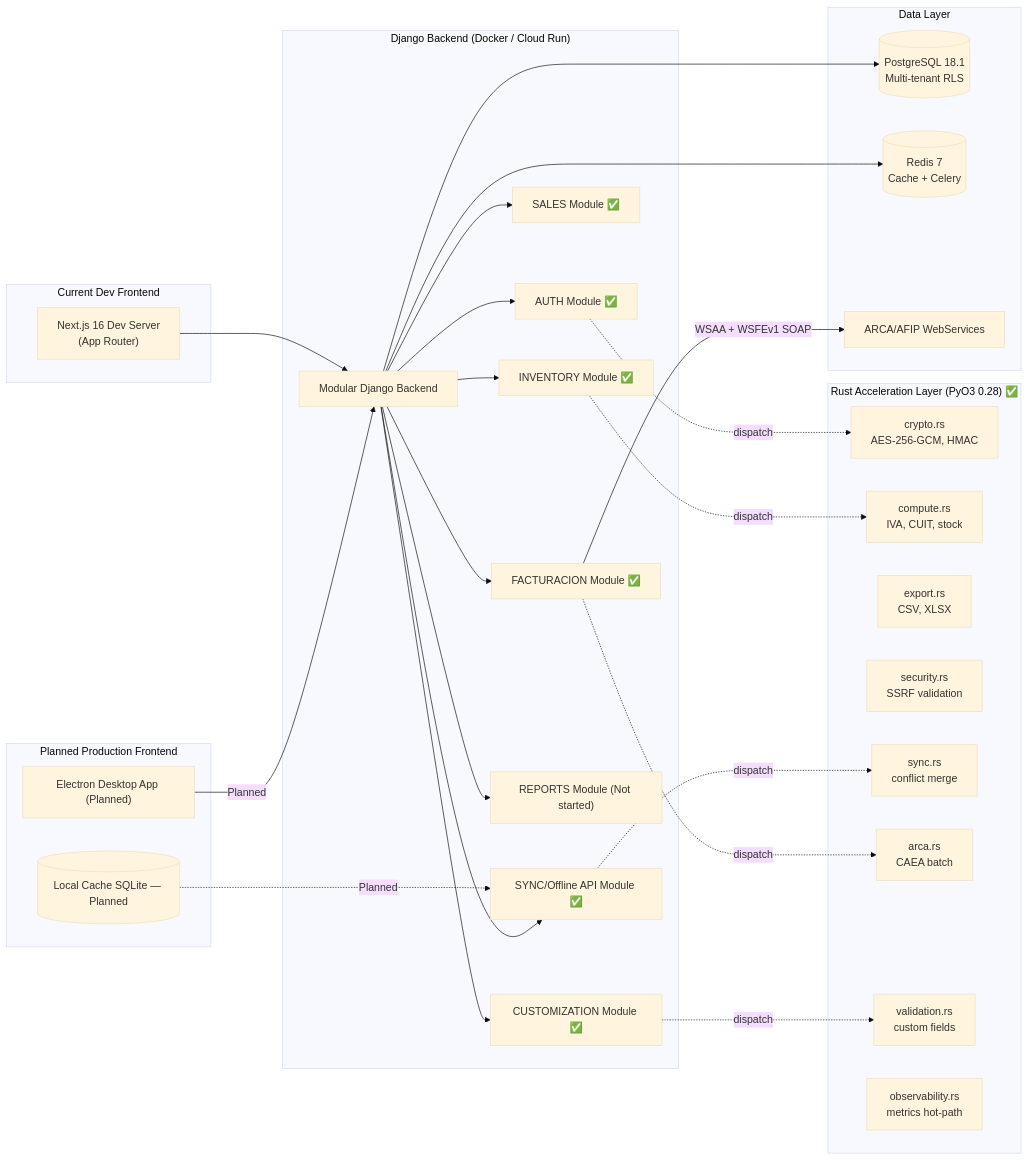
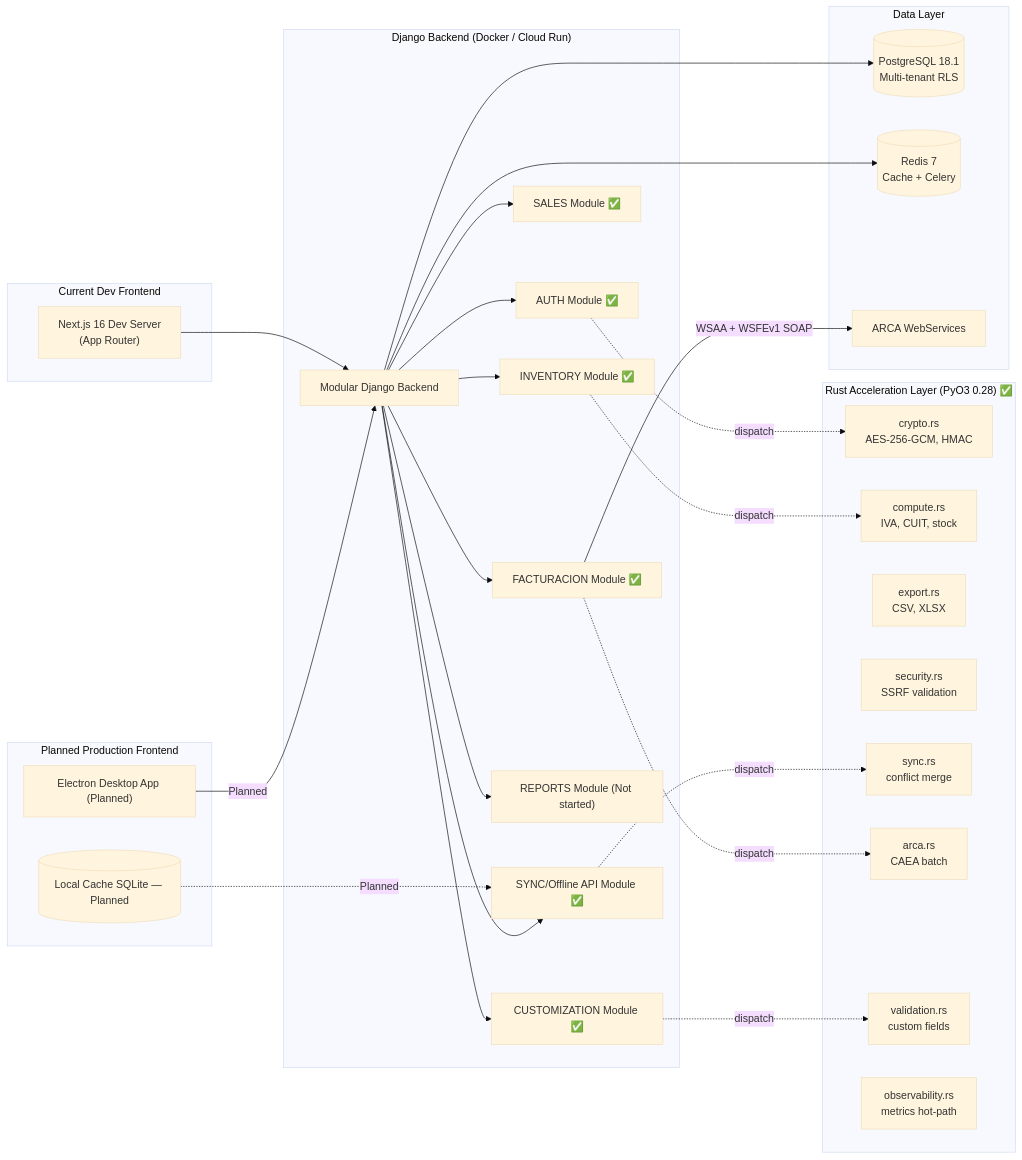
The third of 8 diagrams in Docs/Project Blueprint/High-Level Design (HLD).md (Bruno-Ghiberto/GraviTea), drawn with Mermaid (base theme) before and after one commit. The commit also changed other lines of this file and 30 other files, not shown here.

````diff
--- a/Docs/Project Blueprint/High-Level Design (HLD).md
+++ b/Docs/Project Blueprint/High-Level Design (HLD).md
@@ -167,61 +167,61 @@
 ```mermaid
 graph LR
     subgraph "Current Dev Frontend"
         FE["Next.js 16 Dev Server<br/>(App Router)"]
     end
 
     subgraph "Planned Production Frontend"
         ELEC["Electron Desktop App (Planned)"]
         CACHE[("Local Cache SQLite — Planned")]
     end
 
     subgraph "Django Backend (Docker / Cloud Run)"
         DJ["Modular Django Backend"]
         MOD_AUTH["AUTH Module ✅"]
         MOD_INV["INVENTORY Module ✅"]
         MOD_VENT["SALES Module ✅"]
         MOD_FAC["FACTURACION Module ✅"]
         MOD_SYNC["SYNC/Offline API Module ✅"]
         MOD_CUSTOM["CUSTOMIZATION Module ✅"]
         MOD_REP["REPORTS Module (Not started)"]
     end
 
     subgraph "Rust Acceleration Layer (PyO3 0.28) ✅"
         R_CRYPTO["crypto.rs<br/>AES-256-GCM, HMAC"]
         R_COMPUTE["compute.rs<br/>IVA, CUIT, stock"]
         R_EXPORT["export.rs<br/>CSV, XLSX"]
         R_SECURITY["security.rs<br/>SSRF validation"]
         R_SYNC["sync.rs<br/>conflict merge"]
         R_ARCA["arca.rs<br/>CAEA batch"]
         R_VALID["validation.rs<br/>custom fields"]
         R_OBS["observability.rs<br/>metrics hot-path"]
     end
 
     subgraph "Data Layer"
         DB[("PostgreSQL 18.1<br/>Multi-tenant RLS")]
         REDIS[("Redis 7<br/>Cache + Celery")]
-        ARCA["ARCA/AFIP WebServices"]
+        ARCA["ARCA WebServices"]
     end
 
     FE --> DJ
     ELEC -->|"Planned"| DJ
     CACHE -.->|"Planned"| MOD_SYNC
 
     DJ --> MOD_AUTH
     DJ --> MOD_INV
     DJ --> MOD_VENT
     DJ --> MOD_FAC
     DJ --> MOD_SYNC
     DJ --> MOD_CUSTOM
     DJ --> MOD_REP
 
     MOD_AUTH -.->|"dispatch"| R_CRYPTO
     MOD_INV -.->|"dispatch"| R_COMPUTE
     MOD_FAC -.->|"dispatch"| R_ARCA
     MOD_SYNC -.->|"dispatch"| R_SYNC
     MOD_CUSTOM -.->|"dispatch"| R_VALID
 
     DJ --> DB
     DJ --> REDIS
     MOD_FAC -->|"WSAA + WSFEv1 SOAP"| ARCA
 ```
````
